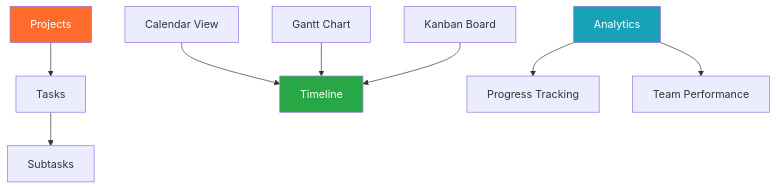
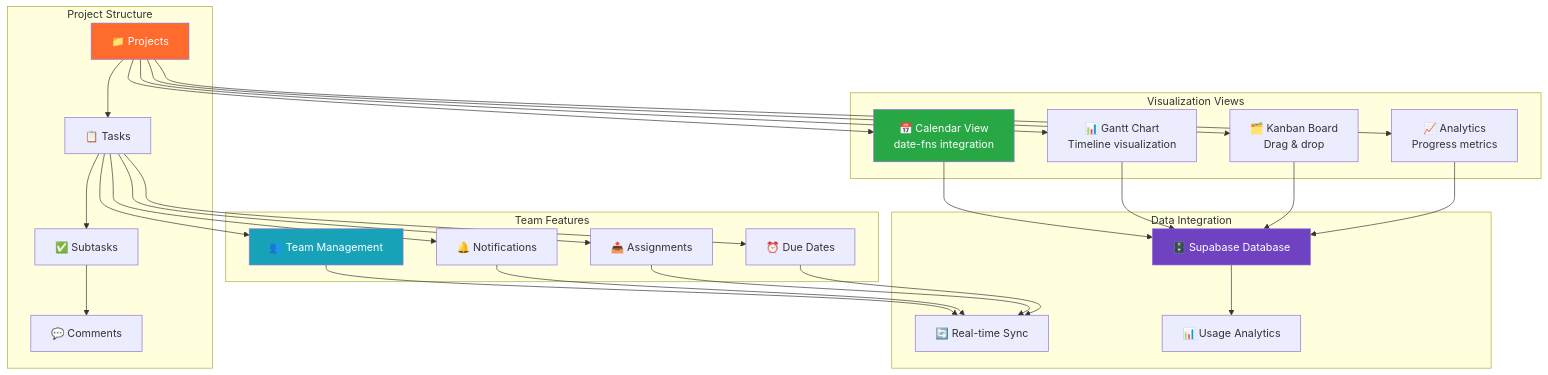
Before and after one commit to Kedhareswer/thesisflow-ai: the fourth of 8 diagrams in README.md, drawn with Mermaid. The commit also changed other lines of this file, not shown here.

````diff
--- a/README.md
+++ b/README.md
@@ -134,16 +243,39 @@
 ```mermaid
-graph TD
-    A[Projects] --> B[Tasks]
-    B --> C[Subtasks]
+flowchart TB
+    subgraph "Project Structure"
+        A["📁 Projects"] --> B["📋 Tasks"]
+        B --> C["✅ Subtasks"]
+        C --> D["💬 Comments"]
+    end
     
-    D[Calendar View] --> E[Timeline]
-    F[Gantt Chart] --> E
-    G[Kanban Board] --> E
+    subgraph "Visualization Views"
+        E["📅 Calendar View<br/>date-fns integration"]
+        F["📊 Gantt Chart<br/>Timeline visualization"]
+        G["🗂️ Kanban Board<br/>Drag & drop"]
+        H["📈 Analytics<br/>Progress metrics"]
+    end
     
-    H[Analytics] --> I[Progress Tracking]
-    H --> J[Team Performance]
+    subgraph "Team Features"
+        I["👥 Team Management"]
+        J["🔔 Notifications"]
+        K["📤 Assignments"]
+        L["⏰ Due Dates"]
+    end
+    
+    subgraph "Data Integration"
+        M["🗄️ Supabase Database"]
+        N["🔄 Real-time Sync"]
+        O["📊 Usage Analytics"]
+    end
+    
+    A --> E & F & G & H
+    B --> I & J & K & L
+    E & F & G & H --> M
+    I & J & K & L --> N
+    M --> O
     
     style A fill:#FF6B2C,color:#fff
     style E fill:#28a745,color:#fff
-    style H fill:#17a2b8,color:#fff
+    style I fill:#17a2b8,color:#fff
+    style M fill:#6f42c1,color:#fff
 ```
````
